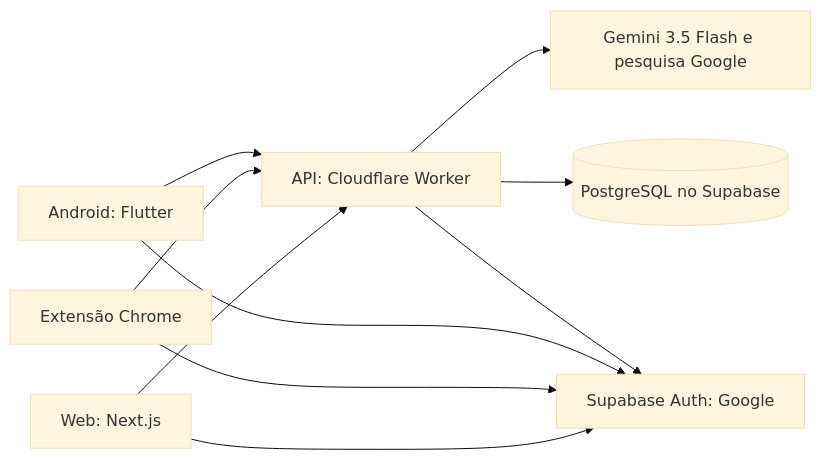
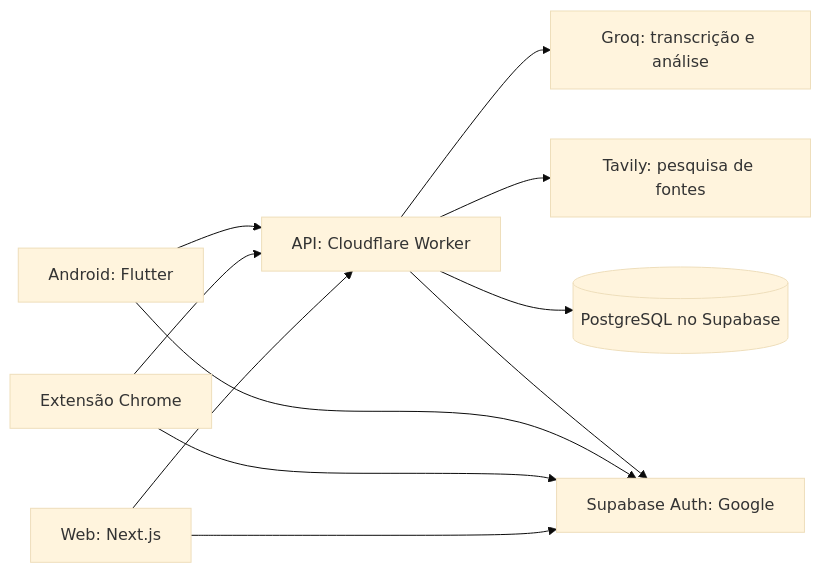
The diagram in docs/ARQUITETURA.md (Muski360/AutenticAI), drawn with Mermaid (base theme) before and after one commit. The commit also changed other lines of this file and 43 other files, not shown here.

````diff
--- a/docs/ARQUITETURA.md
+++ b/docs/ARQUITETURA.md
@@ -7,12 +7,13 @@
 ```mermaid
 flowchart LR
     W[Web: Next.js] --> API[API: Cloudflare Worker]
     C[Extensão Chrome] --> API
     A[Android: Flutter] --> API
-    API --> G[Gemini 3.5 Flash e pesquisa Google]
+    API --> G[Groq: transcrição e análise]
+    API --> T[Tavily: pesquisa de fontes]
     API --> DB[(PostgreSQL no Supabase)]
     W --> AUTH[Supabase Auth: Google]
     C --> AUTH
     A --> AUTH
     API --> AUTH
 ```
````
